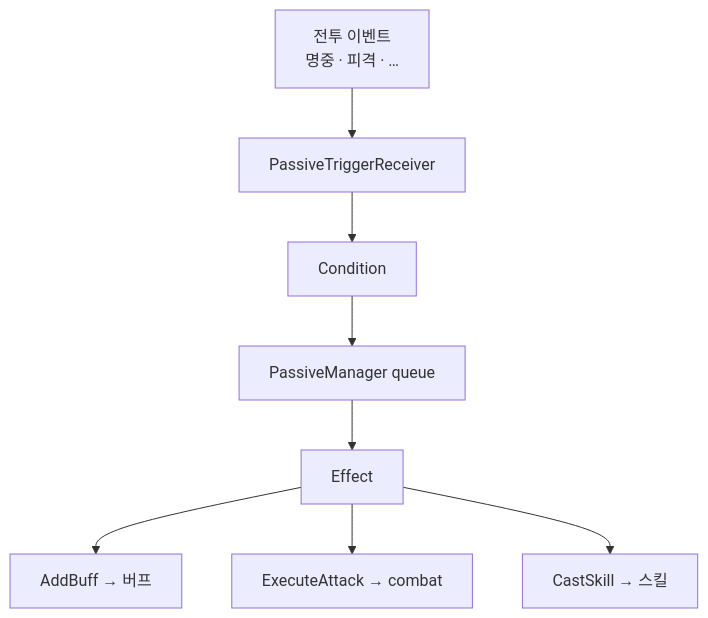
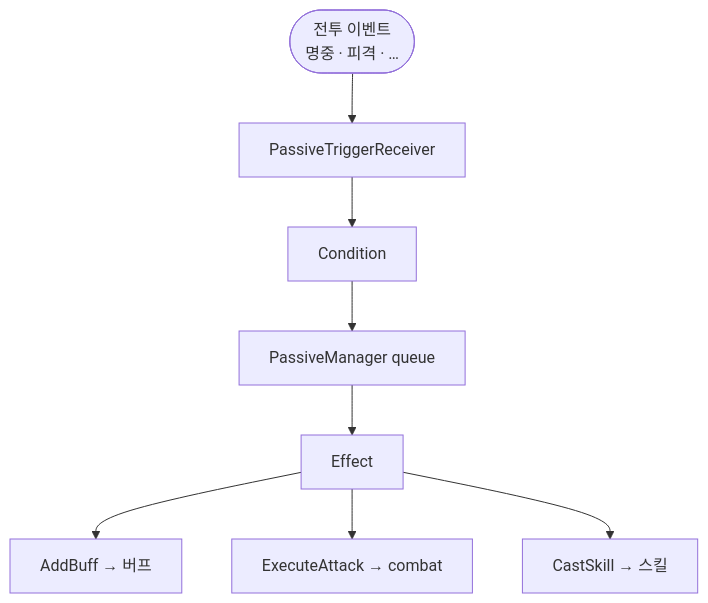
The diagram in notes/dragon-combat-passive-bridge.md (monet5379/monet5379.github.io), drawn with Mermaid before and after one commit. The commit also changed 7 other files, not shown here.

Commit message:
fix(notes): dragon-combat How Mermaid visual contract

````diff
--- a/notes/dragon-combat-passive-bridge.md
+++ b/notes/dragon-combat-passive-bridge.md
@@ -36,10 +36,11 @@
 ```mermaid
 flowchart TD
-  EV["전투 이벤트<br/>명중 · 피격 · …"] --> RC["PassiveTriggerReceiver"]
+  EV(["전투 이벤트<br/>명중 · 피격 · …"])
+  EV --> RC["PassiveTriggerReceiver"]
   RC --> CD["Condition"]
   CD --> Q["PassiveManager queue"]
   Q --> EF["Effect"]
   EF --> BF["AddBuff → 버프"]
   EF --> EA["ExecuteAttack → combat"]
   EF --> CS["CastSkill → 스킬"]
 ```
````
